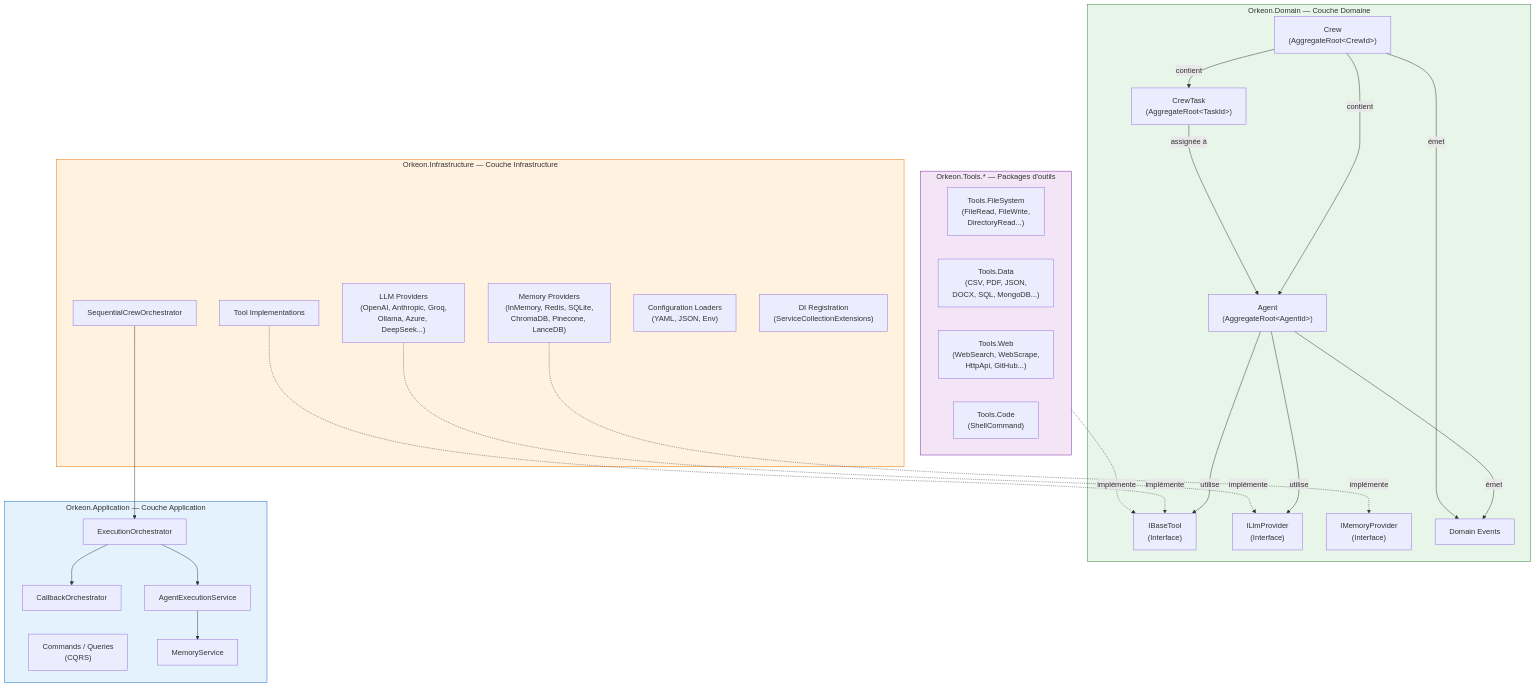
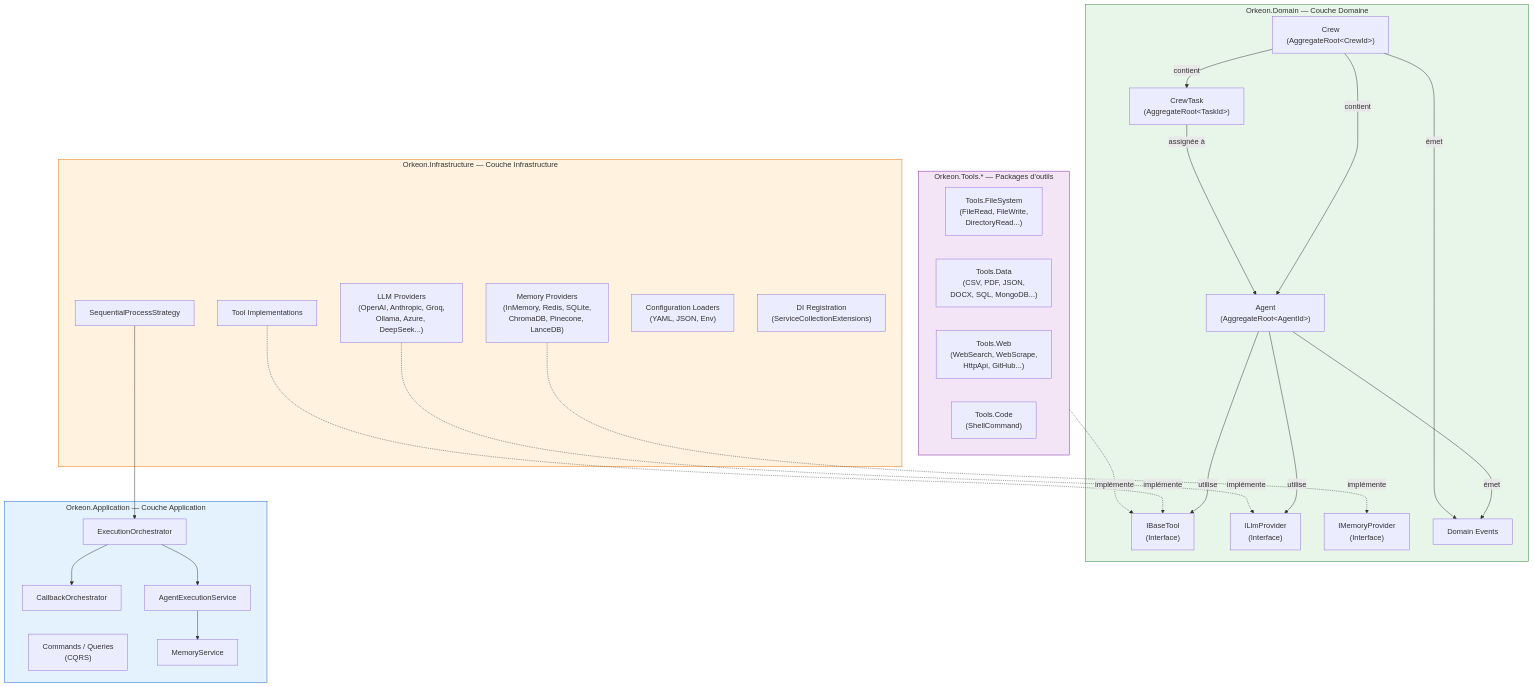
The diagram in docs/fr/getting-started/overview.md (Orkeon/orkeon), drawn with Mermaid before and after one commit. The commit also changed other lines of this file and 76 other files, not shown here.

````diff
--- a/docs/fr/getting-started/overview.md
+++ b/docs/fr/getting-started/overview.md
@@ -15,60 +15,60 @@
 ```mermaid
 graph TB
     subgraph Domain["Orkeon.Domain — Couche Domaine"]
         Agent["Agent<br/>(AggregateRoot&lt;AgentId&gt;)"]
         CrewTask["CrewTask<br/>(AggregateRoot&lt;TaskId&gt;)"]
         Crew["Crew<br/>(AggregateRoot&lt;CrewId&gt;)"]
         ITool["IBaseTool<br/>(Interface)"]
         ILlm["ILlmProvider<br/>(Interface)"]
         IMem["IMemoryProvider<br/>(Interface)"]
         DomainEvents["Domain Events"]
 
         Crew -->|"contient"| Agent
         Crew -->|"contient"| CrewTask
         Agent -->|"utilise"| ITool
         Agent -->|"utilise"| ILlm
         CrewTask -->|"assignée à"| Agent
         Agent -->|"émet"| DomainEvents
         Crew -->|"émet"| DomainEvents
     end
 
     subgraph Application["Orkeon.Application — Couche Application"]
         Orchestrator["ExecutionOrchestrator"]
         CQRS["Commands / Queries<br/>(CQRS)"]
         CallbackOrch["CallbackOrchestrator"]
         MemService["MemoryService"]
         AgentExec["AgentExecutionService"]
 
         Orchestrator --> AgentExec
         Orchestrator --> CallbackOrch
         AgentExec --> MemService
     end
 
     subgraph Infrastructure["Orkeon.Infrastructure — Couche Infrastructure"]
-        SeqOrch["SequentialCrewOrchestrator"]
+        SeqOrch["SequentialProcessStrategy"]
         LlmProviders["LLM Providers<br/>(OpenAI, Anthropic, Groq,<br/>Ollama, Azure, DeepSeek...)"]
         MemProviders["Memory Providers<br/>(InMemory, Redis, SQLite,<br/>ChromaDB, Pinecone, LanceDB)"]
         ToolImpl["Tool Implementations"]
         Config["Configuration Loaders<br/>(YAML, JSON, Env)"]
         DI["DI Registration<br/>(ServiceCollectionExtensions)"]
 
         SeqOrch --> Orchestrator
         LlmProviders -.->|"implémente"| ILlm
         MemProviders -.->|"implémente"| IMem
         ToolImpl -.->|"implémente"| ITool
     end
 
     subgraph Tools["Orkeon.Tools.* — Packages d'outils"]
         ToolsFS["Tools.FileSystem<br/>(FileRead, FileWrite,<br/>DirectoryRead...)"]
         ToolsData["Tools.Data<br/>(CSV, PDF, JSON,<br/>DOCX, SQL, MongoDB...)"]
         ToolsWeb["Tools.Web<br/>(WebSearch, WebScrape,<br/>HttpApi, GitHub...)"]
         ToolsCode["Tools.Code<br/>(ShellCommand)"]
     end
 
     Tools -.->|"implémente"| ITool
 
     style Domain fill:#e8f5e9,stroke:#2e7d32
     style Application fill:#e3f2fd,stroke:#1565c0
     style Infrastructure fill:#fff3e0,stroke:#ef6c00
     style Tools fill:#f3e5f5,stroke:#7b1fa2
 ```
````
